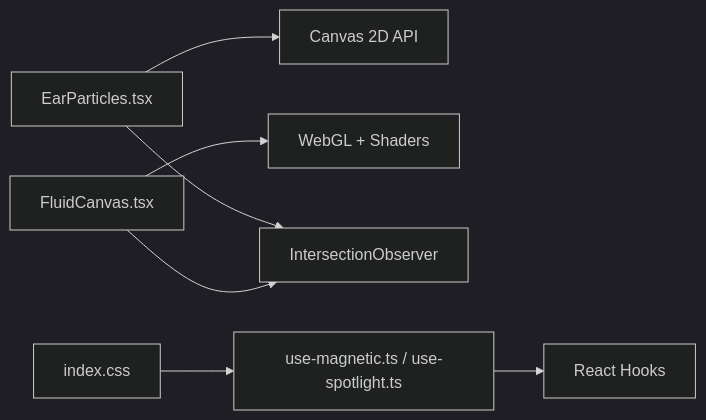
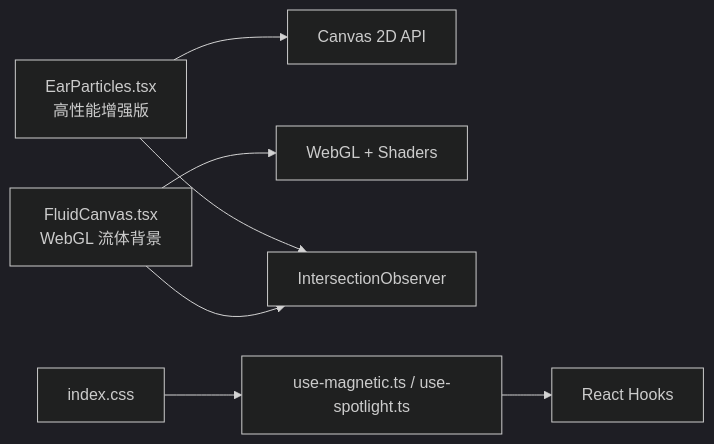
The fifth of 5 diagrams in .qoder/repowiki/zh/content/核心功能模块/粒子装饰系统.md (Primoguo/naolizhi.cn), drawn with Mermaid (dark theme) before and after one commit. The commit also changed other lines of this file and 23 other files, not shown here.

````diff
--- a/.qoder/repowiki/zh/content/核心功能模块/粒子装饰系统.md
+++ b/.qoder/repowiki/zh/content/核心功能模块/粒子装饰系统.md
@@ -260,9 +279,9 @@
 ```mermaid
 graph LR
-Ear["EarParticles.tsx"] --> Canvas2D["Canvas 2D API"]
-Fluid["FluidCanvas.tsx"] --> WebGL["WebGL + Shaders"]
+Ear["EarParticles.tsx<br/>高性能增强版"] --> Canvas2D["Canvas 2D API"]
+Fluid["FluidCanvas.tsx<br/>WebGL 流体背景"] --> WebGL["WebGL + Shaders"]
 Ear --> IO["IntersectionObserver"]
 Fluid --> IO
 UIHooks["use-magnetic.ts / use-spotlight.ts"] --> React["React Hooks"]
 Styles["index.css"] --> UIHooks
 ```
````
